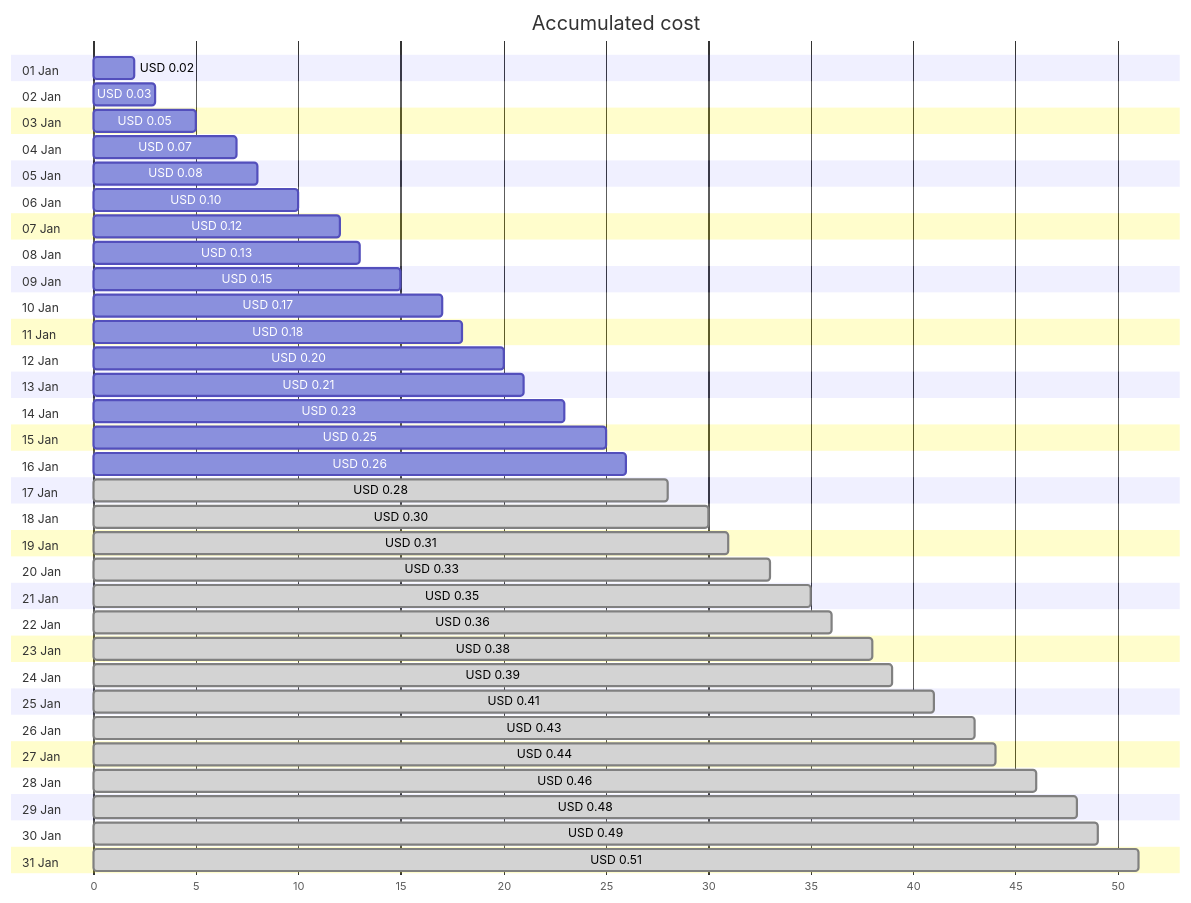
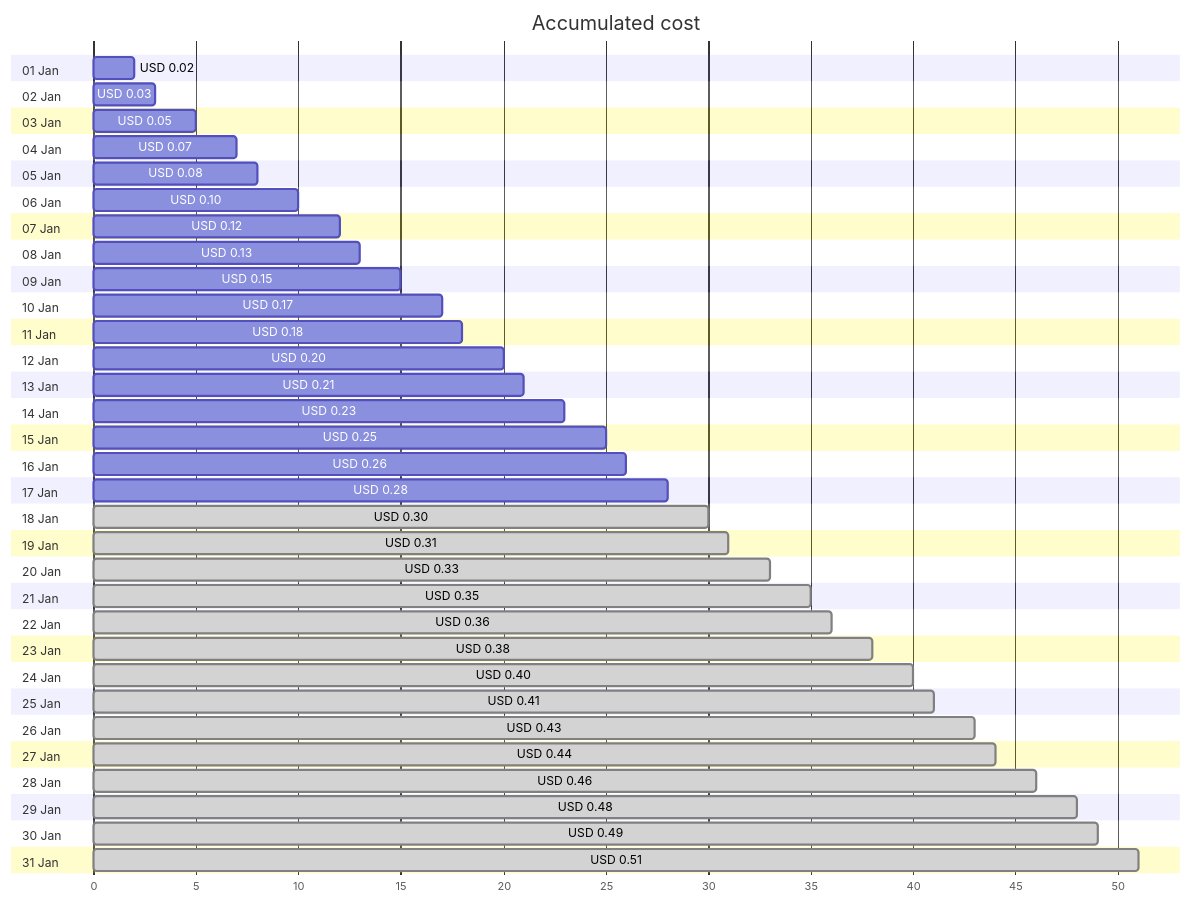
One commit to jpfulton/azure-personal-reports changed the first of 4 diagrams in cost-reports/personal-dns/jpatrickfulton.dev.md. Above: the diagram before and after it, drawn with Mermaid. The commit also changed other lines of this file and 2 other files, not shown here.

````diff
--- a/cost-reports/personal-dns/jpatrickfulton.dev.md
+++ b/cost-reports/personal-dns/jpatrickfulton.dev.md
@@ -20,68 +20,68 @@
 ```mermaid
 gantt
    title Accumulated cost
    dateFormat  X
    axisFormat %s
    section 01 Jan
    USD 0.02 :0, 2
    section 02 Jan
    USD 0.03 :0, 3
    section 03 Jan
    USD 0.05 :0, 5
    section 04 Jan
    USD 0.07 :0, 7
    section 05 Jan
    USD 0.08 :0, 8
    section 06 Jan
    USD 0.10 :0, 10
    section 07 Jan
    USD 0.12 :0, 12
    section 08 Jan
    USD 0.13 :0, 13
    section 09 Jan
    USD 0.15 :0, 15
    section 10 Jan
    USD 0.17 :0, 17
    section 11 Jan
    USD 0.18 :0, 18
    section 12 Jan
    USD 0.20 :0, 20
    section 13 Jan
    USD 0.21 :0, 21
    section 14 Jan
    USD 0.23 :0, 23
    section 15 Jan
    USD 0.25 :0, 25
    section 16 Jan
    USD 0.26 :0, 26
    section 17 Jan
-   USD 0.28 : done, 0, 28
+   USD 0.28 :0, 28
    section 18 Jan
    USD 0.30 : done, 0, 30
    section 19 Jan
    USD 0.31 : done, 0, 31
    section 20 Jan
    USD 0.33 : done, 0, 33
    section 21 Jan
    USD 0.35 : done, 0, 35
    section 22 Jan
    USD 0.36 : done, 0, 36
    section 23 Jan
    USD 0.38 : done, 0, 38
    section 24 Jan
-   USD 0.39 : done, 0, 39
+   USD 0.40 : done, 0, 40
    section 25 Jan
    USD 0.41 : done, 0, 41
    section 26 Jan
    USD 0.43 : done, 0, 43
    section 27 Jan
    USD 0.44 : done, 0, 44
    section 28 Jan
    USD 0.46 : done, 0, 46
    section 29 Jan
    USD 0.48 : done, 0, 48
    section 30 Jan
    USD 0.49 : done, 0, 49
    section 31 Jan
    USD 0.51 : done, 0, 51
 ```
````
